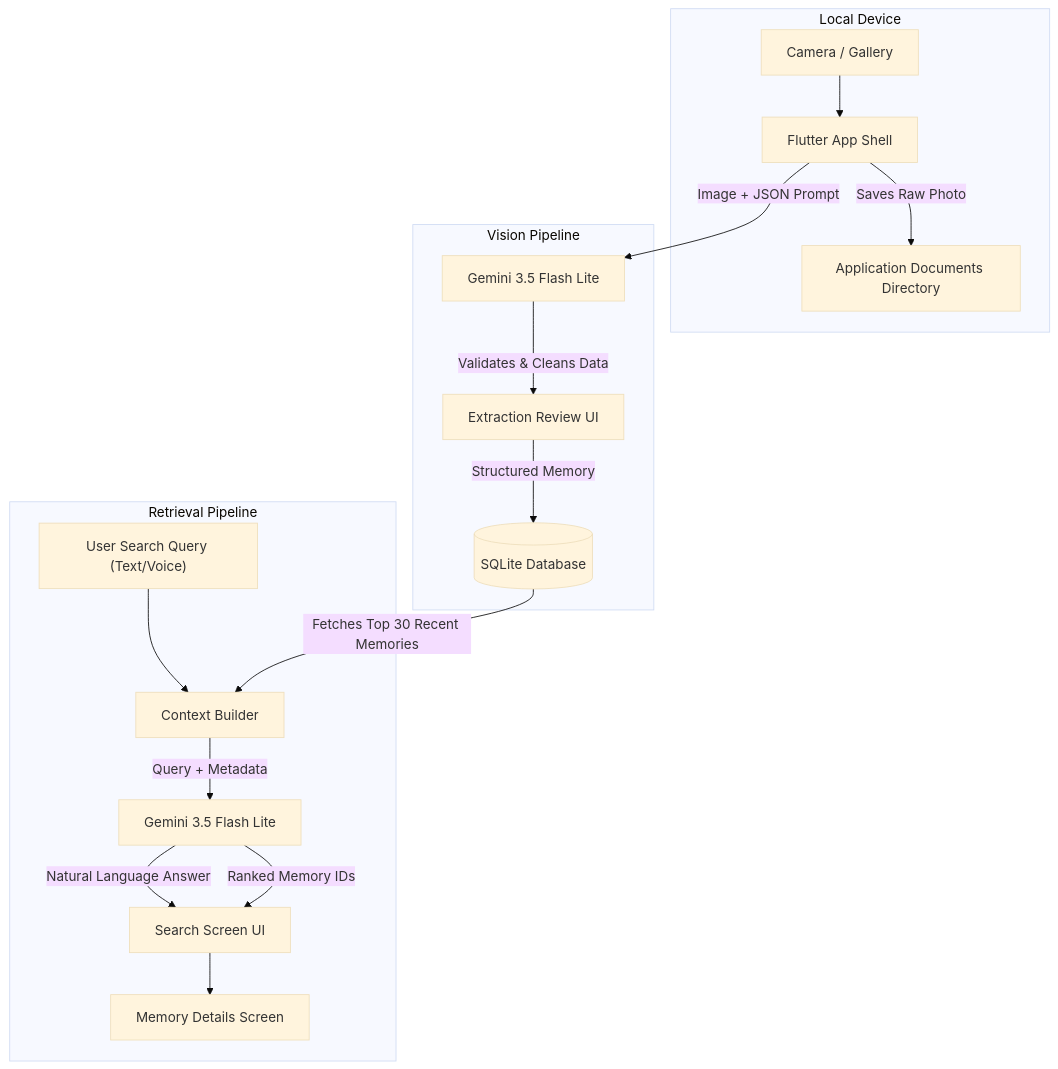
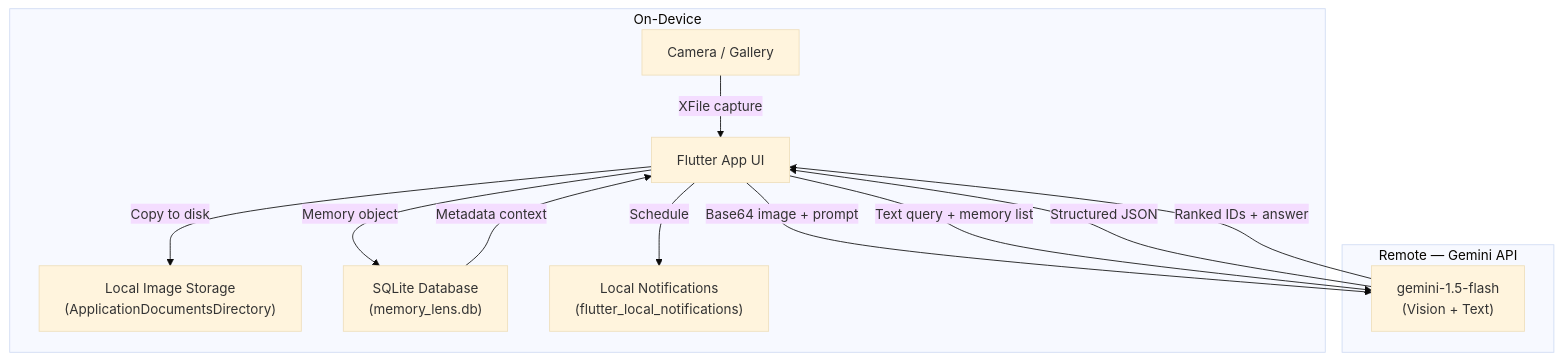
The diagram in README.md (IamDhruv777/IQOO), drawn with Mermaid (base theme) before and after one commit. The commit also changed other lines of this file, not shown here.

Commit message:
Docs: World-class README rewrite with all 33 sections, verified facts, Mermaid diagrams

````diff
--- a/README.md
+++ b/README.md
@@ -221,25 +262,24 @@
 ```mermaid
 flowchart TD
-    %% Capture Flow
-    subgraph Local Device
-        A["Camera / Gallery"] --> B["Flutter App Shell"]
-        B -->|Saves Raw Photo| C["Application Documents Directory"]
+    subgraph DEVICE["On-Device"]
+        A["Camera / Gallery"]
+        B["Flutter App UI"]
+        C["Local Image Storage\n(ApplicationDocumentsDirectory)"]
+        D["SQLite Database\n(memory_lens.db)"]
+        H["Local Notifications\n(flutter_local_notifications)"]
     end
 
-    %% AI Extraction Flow (One-time)
-    subgraph Vision Pipeline
-        B -->|Image + JSON Prompt| D["Gemini 3.5 Flash Lite"]
-        D -->|Validates & Cleans Data| E["Extraction Review UI"]
-        E -->|Structured Memory| F[("SQLite Database")]
+    subgraph REMOTE["Remote — Gemini API"]
+        E["gemini-1.5-flash\n(Vision + Text)"]
     end
 
-    %% Search Retrieval Flow
-    subgraph Retrieval Pipeline
-        G["User Search Query (Text/Voice)"] --> H["Context Builder"]
-        F -->|Fetches Top 30 Recent Memories| H
-        H -->|Query + Metadata| I["Gemini 3.5 Flash Lite"]
-        I -->|Natural Language Answer| J["Search Screen UI"]
-        I -->|Ranked Memory IDs| J
-        J --> K["Memory Details Screen"]
-    end
+    A -->|XFile capture| B
+    B -->|Copy to disk| C
+    B -->|Base64 image + prompt| E
+    E -->|Structured JSON| B
+    B -->|Memory object| D
+    D -->|Metadata context| B
+    B -->|Text query + memory list| E
+    E -->|Ranked IDs + answer| B
+    B -->|Schedule| H
 ```
````
